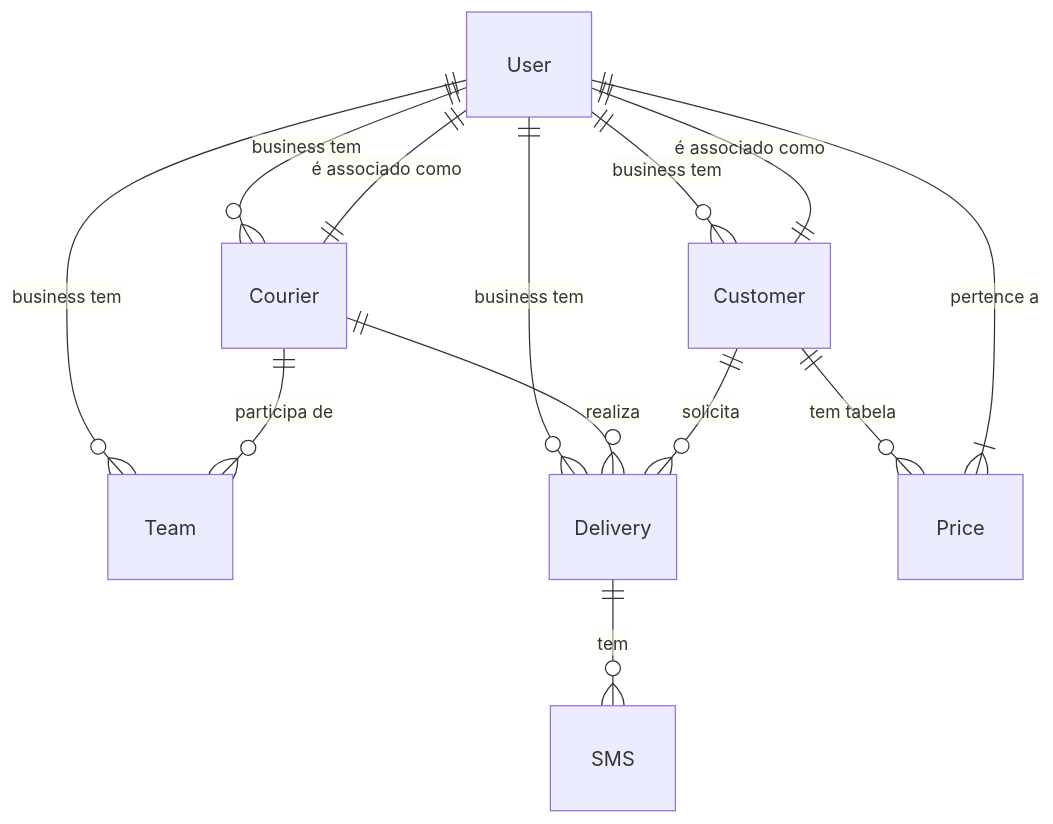
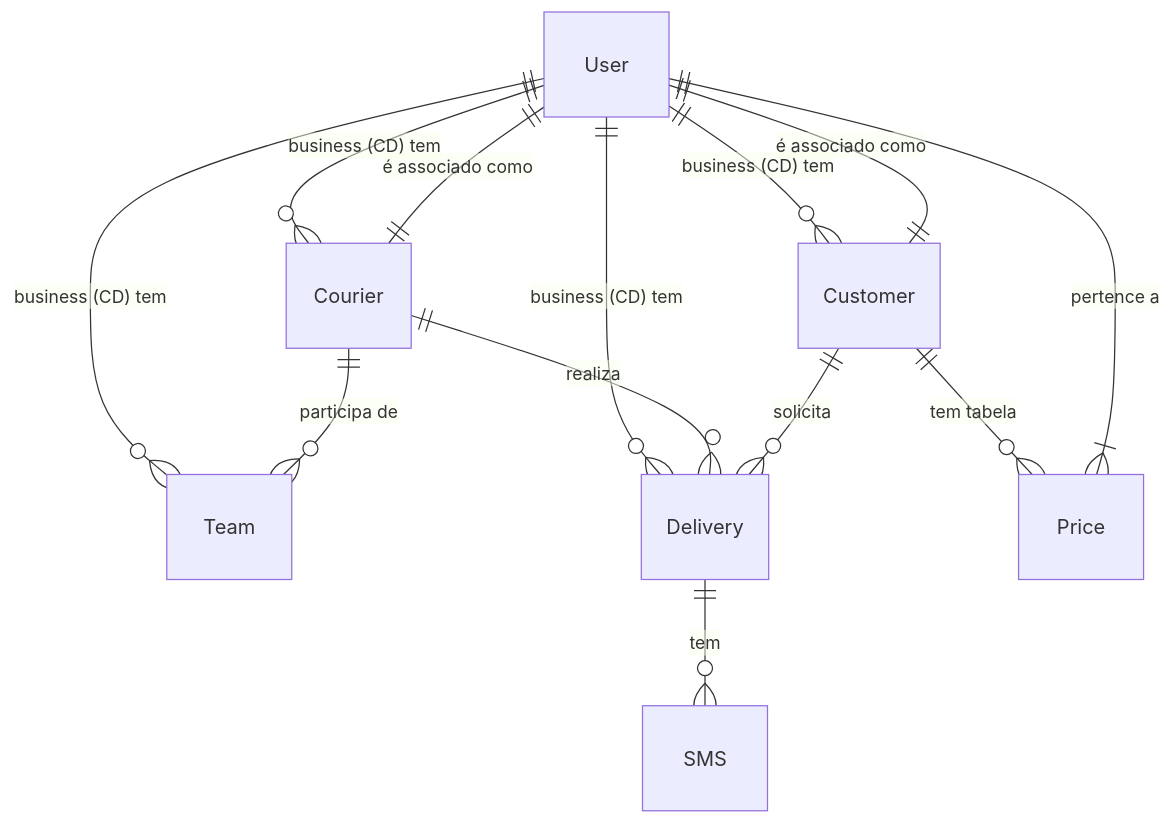
The first of 2 diagrams in doc/MODELO_DE_DADOS.md (chmulato/csonline), drawn with Mermaid before and after one commit. The commit also changed other lines of this file and 4 other files, not shown here.

````diff
--- a/doc/MODELO_DE_DADOS.md
+++ b/doc/MODELO_DE_DADOS.md
@@ -7,19 +7,19 @@
 ```mermaid
 erDiagram
-    User ||--o{ Customer : "business tem"
-    User ||--o{ Courier : "business tem"
-    User ||--o{ Team : "business tem"
-    User ||--o{ Delivery : "business tem"
+    User ||--o{ Customer : "business (CD) tem"
+    User ||--o{ Courier : "business (CD) tem"
+    User ||--o{ Team : "business (CD) tem"
+    User ||--o{ Delivery : "business (CD) tem"
     User ||--|| Customer : "é associado como"
     User ||--|| Courier : "é associado como"
     
     Courier ||--o{ Team : "participa de"
     Courier ||--o{ Delivery : "realiza"
     
     Customer ||--o{ Delivery : "solicita"
     Customer ||--o{ Price : "tem tabela"
     
     Delivery ||--o{ SMS : "tem"
     
     Price }|--|| User : "pertence a"
 ```
````
